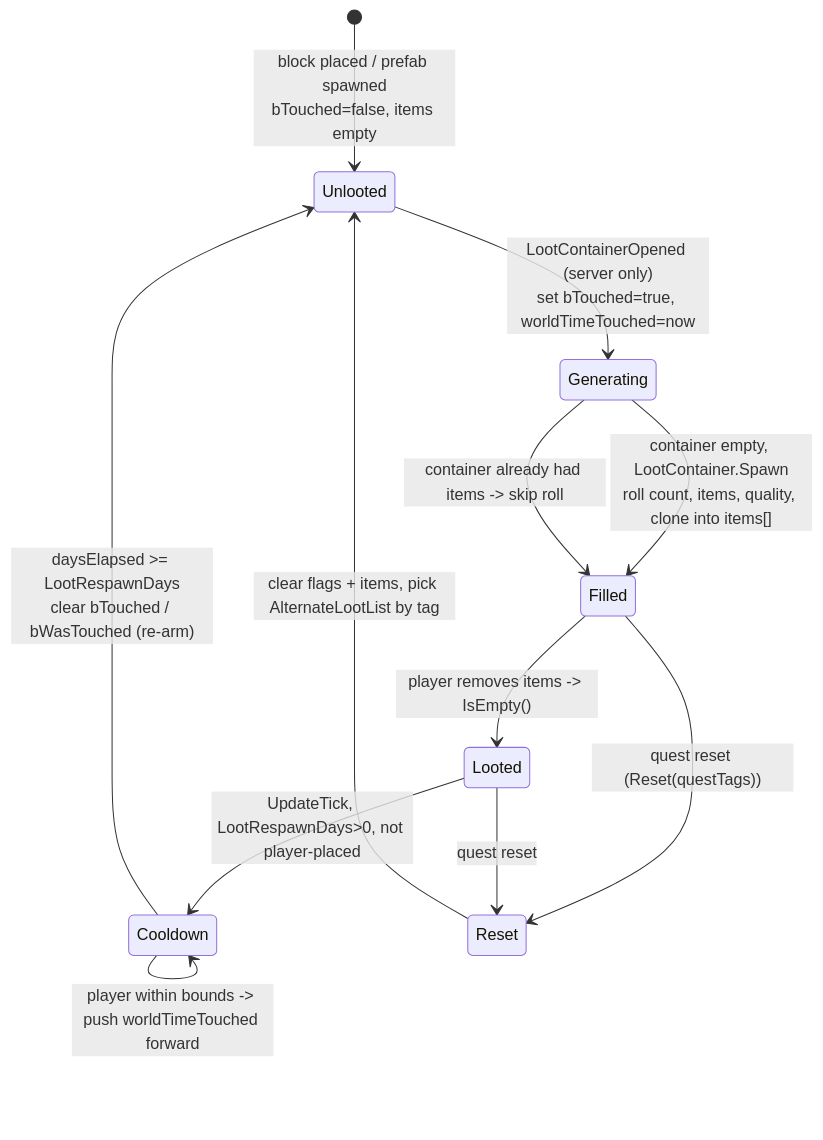
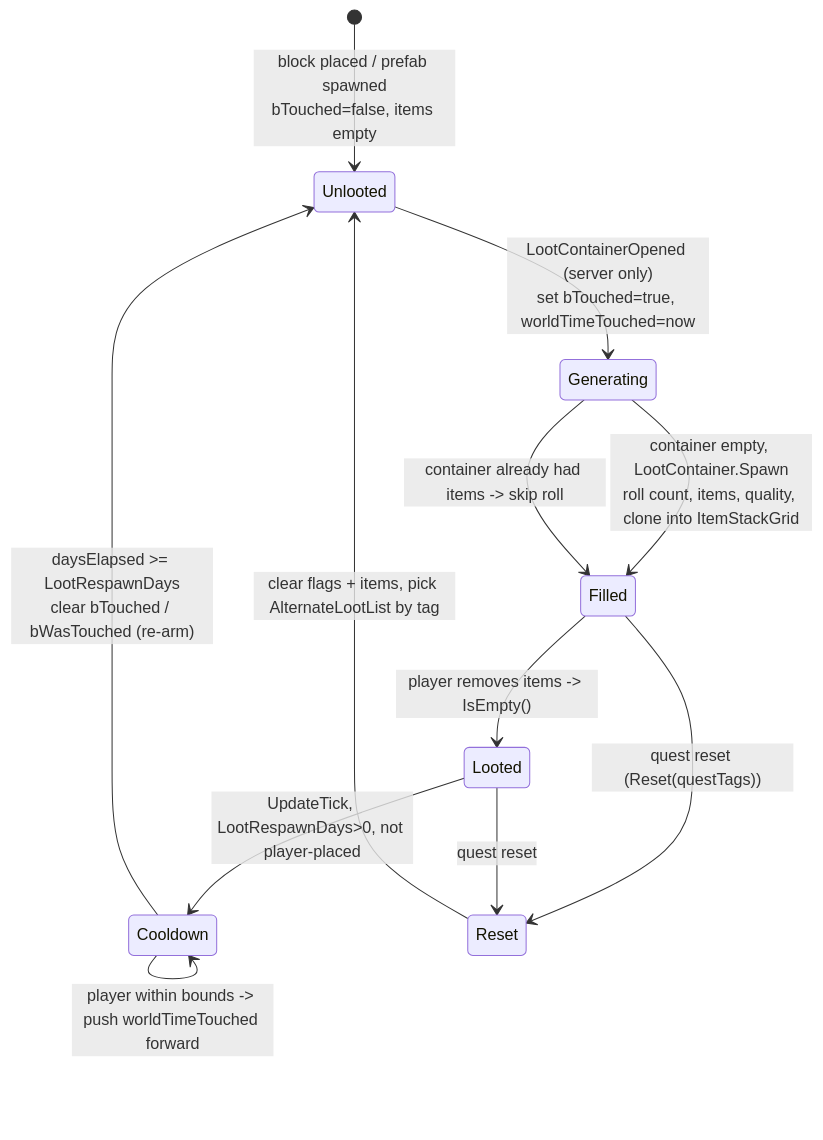
The first of 5 diagrams in docs/gameplay/loot-economy.md (hordeforge/7dtd-engine-research), drawn with Mermaid before and after one commit. The commit also changed other lines of this file and 41 other files, not shown here.

````diff
--- a/docs/gameplay/loot-economy.md
+++ b/docs/gameplay/loot-economy.md
@@ -56,14 +61,14 @@
 ```mermaid
 stateDiagram-v2
   [*] --> Unlooted: block placed / prefab spawned<br/>bTouched=false, items empty
   Unlooted --> Generating: LootContainerOpened (server only)<br/>set bTouched=true, worldTimeTouched=now
-  Generating --> Filled: container empty, LootContainer.Spawn<br/>roll count, items, quality, clone into items[]
+  Generating --> Filled: container empty, LootContainer.Spawn<br/>roll count, items, quality, clone into ItemStackGrid
   Generating --> Filled: container already had items -> skip roll
   Filled --> Looted: player removes items -> IsEmpty()
   Looted --> Cooldown: UpdateTick, LootRespawnDays>0, not player-placed
   Cooldown --> Cooldown: player within bounds -> push worldTimeTouched forward
   Cooldown --> Unlooted: daysElapsed >= LootRespawnDays<br/>clear bTouched / bWasTouched (re-arm)
   Filled --> Reset: quest reset (Reset(questTags))
   Looted --> Reset: quest reset
   Reset --> Unlooted: clear flags + items, pick AlternateLootList by tag
 ```
````
